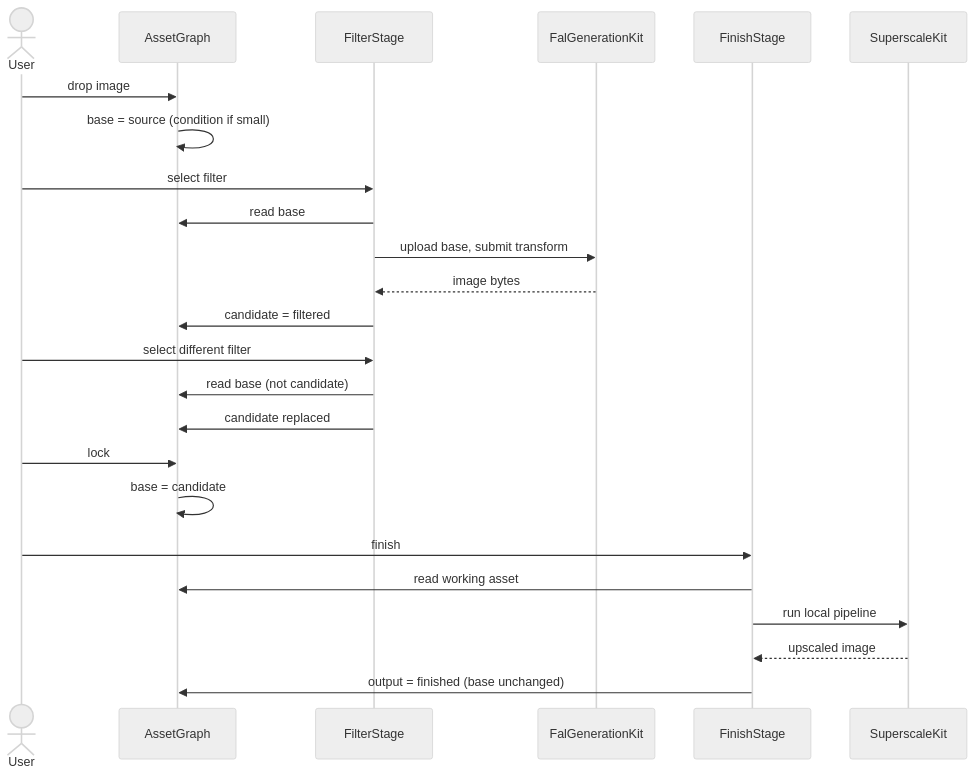
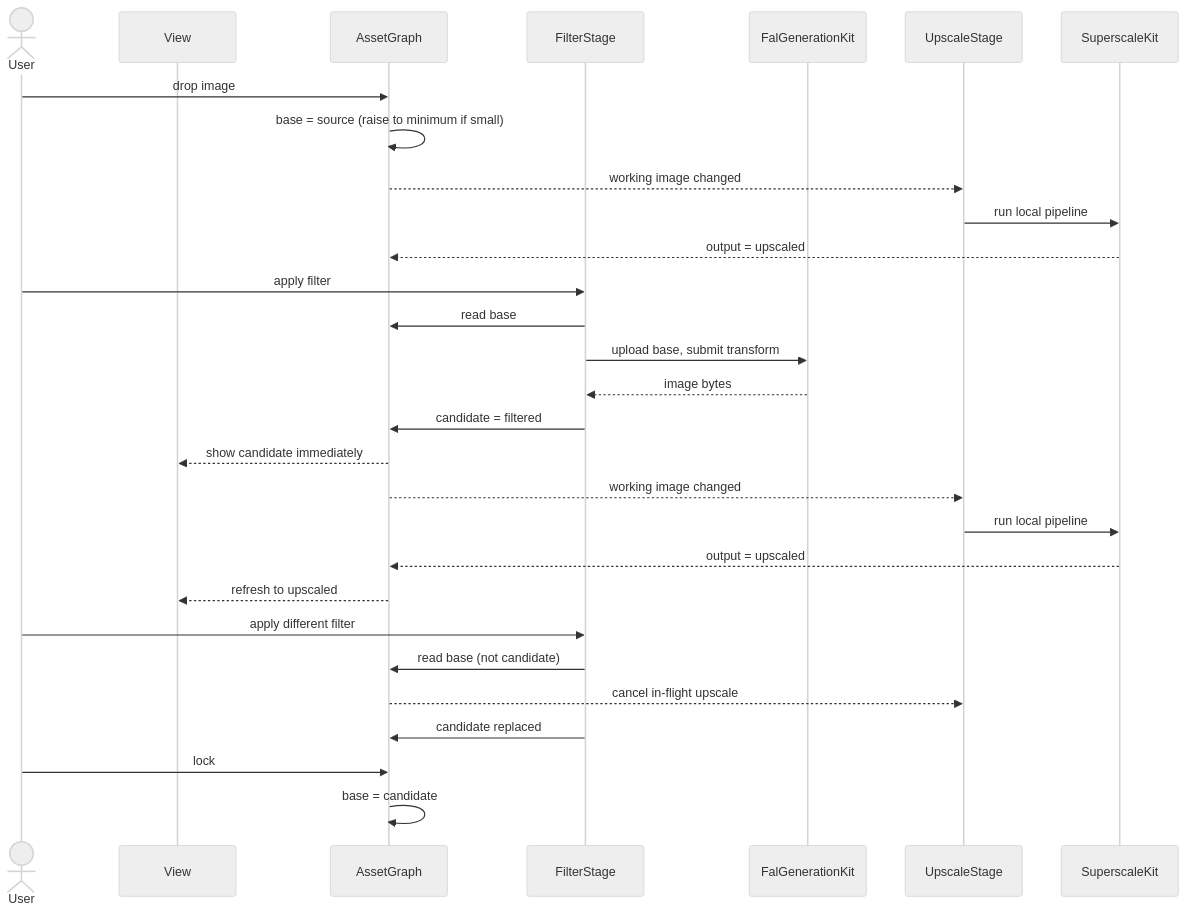
One commit to tadg-paul/superscale changed the second of 2 diagrams in docs/IMPLEMENTATION_GUIDE_v2.md. Above: the diagram before and after it, drawn with Mermaid (neutral theme). The commit also changed other lines of this file, not shown here.

````diff
--- a/docs/IMPLEMENTATION_GUIDE_v2.md
+++ b/docs/IMPLEMENTATION_GUIDE_v2.md
@@ -357,27 +383,35 @@
 ```mermaid
 sequenceDiagram
     actor User
+    participant View
     participant Graph as AssetGraph
     participant Filter as FilterStage
     participant Fal as FalGenerationKit
-    participant Finish as FinishStage
+    participant Upscale as UpscaleStage
     participant Kit as SuperscaleKit
 
     User->>Graph: drop image
-    Graph->>Graph: base = source (condition if small)
-    User->>Filter: select filter
+    Graph->>Graph: base = source (raise to minimum if small)
+    Graph-->>Upscale: working image changed
+    Upscale->>Kit: run local pipeline
+    Kit-->>Graph: output = upscaled
+
+    User->>Filter: apply filter
     Filter->>Graph: read base
     Filter->>Fal: upload base, submit transform
     Fal-->>Filter: image bytes
     Filter->>Graph: candidate = filtered
-    User->>Filter: select different filter
+    Graph-->>View: show candidate immediately
+    Graph-->>Upscale: working image changed
+    Upscale->>Kit: run local pipeline
+    Kit-->>Graph: output = upscaled
+    Graph-->>View: refresh to upscaled
+
+    User->>Filter: apply different filter
     Filter->>Graph: read base (not candidate)
+    Graph-->>Upscale: cancel in-flight upscale
     Filter->>Graph: candidate replaced
+
     User->>Graph: lock
     Graph->>Graph: base = candidate
-    User->>Finish: finish
-    Finish->>Graph: read working asset
-    Finish->>Kit: run local pipeline
-    Kit-->>Finish: upscaled image
-    Finish->>Graph: output = finished (base unchanged)
 ```
````
